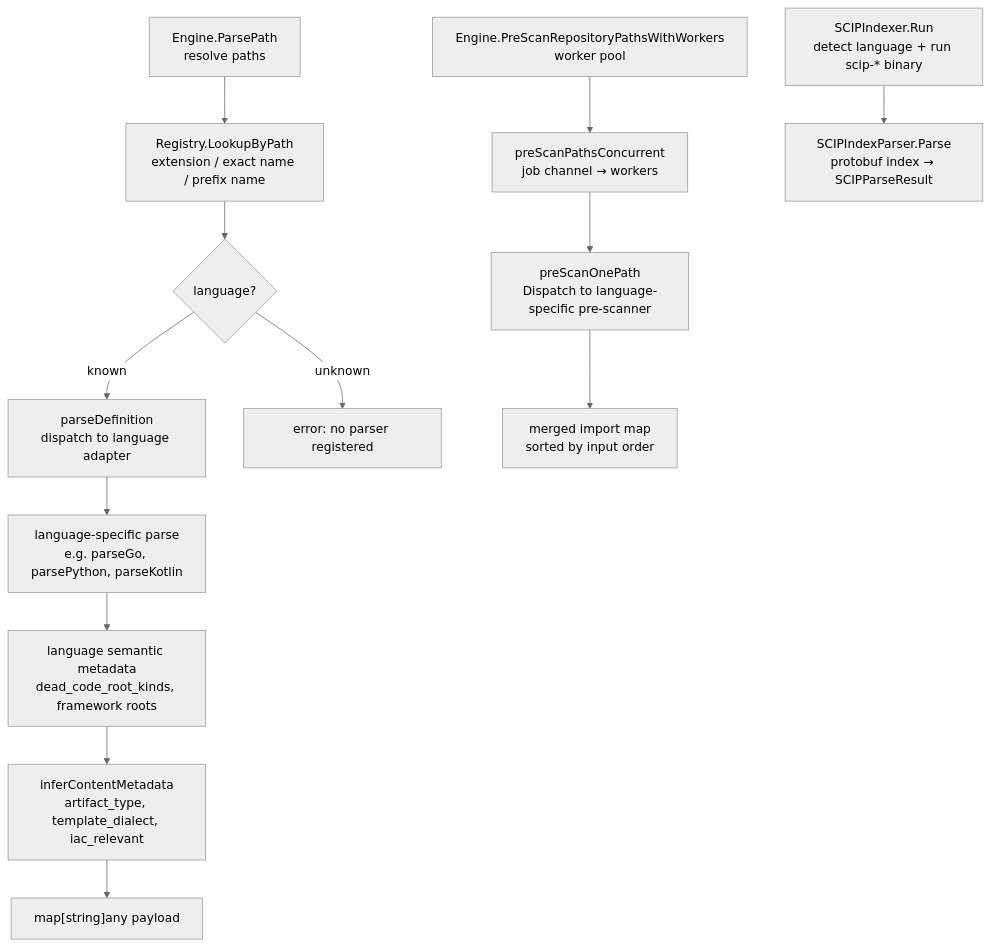
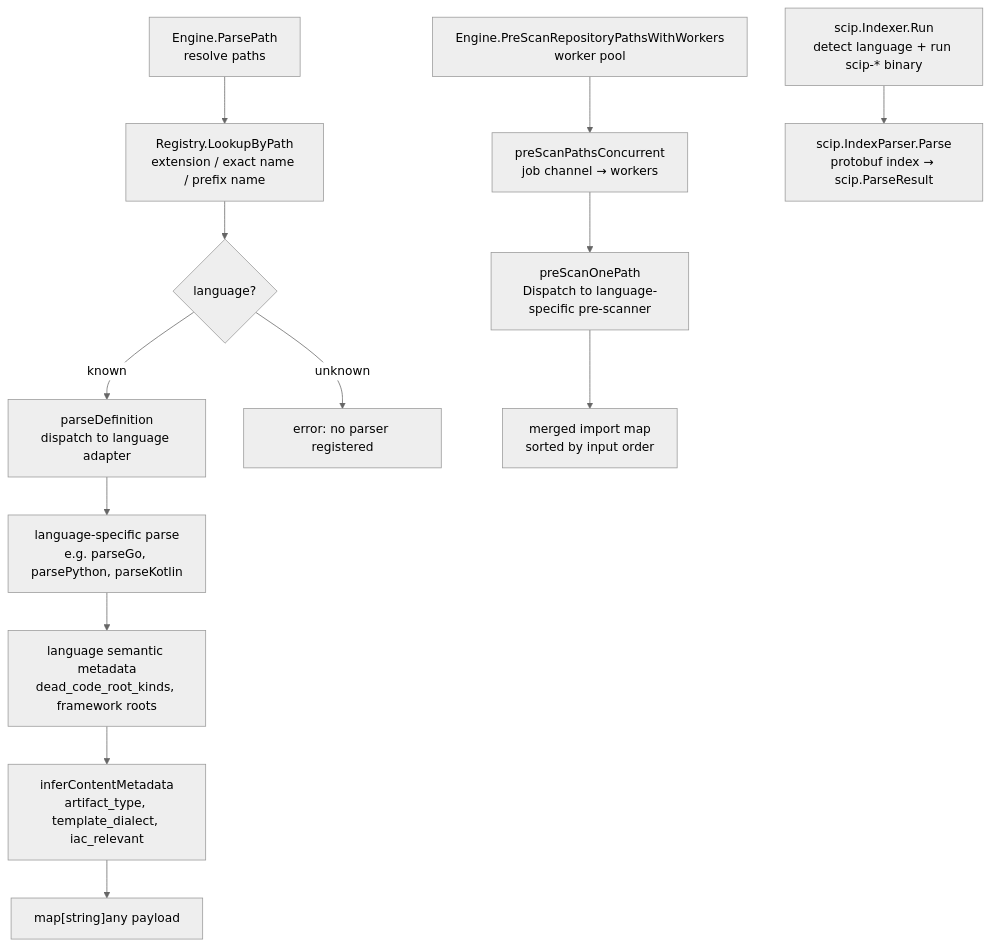
One commit to eshu-hq/eshu changed the second of 2 diagrams in go/internal/parser/README.md. Above: the diagram before and after it, drawn with Mermaid (neutral theme). The commit also changed other lines of this file and 27 other files, not shown here.

````diff
--- a/go/internal/parser/README.md
+++ b/go/internal/parser/README.md
@@ -34,17 +34,17 @@
 ```mermaid
 flowchart TB
   A["Engine.ParsePath\nresolve paths"] --> B["Registry.LookupByPath\nextension / exact name / prefix name"]
   B --> C{"language?"}
   C -- known --> D["parseDefinition\ndispatch to language adapter"]
   C -- unknown --> E["error: no parser registered"]
   D --> F["language-specific parse\ne.g. parseGo, parsePython, parseKotlin"]
   F --> F2["language semantic metadata\ndead_code_root_kinds, framework roots"]
   F2 --> G["inferContentMetadata\nartifact_type, template_dialect, iac_relevant"]
   G --> H["map[string]any payload"]
 
   A2["Engine.PreScanRepositoryPathsWithWorkers\nworker pool"] --> I["preScanPathsConcurrent\njob channel → workers"]
   I --> J["preScanOnePath\nDispatch to language-specific pre-scanner"]
   J --> K["merged import map\nsorted by input order"]
 
-  L["SCIPIndexer.Run\ndetect language + run scip-* binary"] --> M["SCIPIndexParser.Parse\nprotobuf index → SCIPParseResult"]
+  L["scip.Indexer.Run\ndetect language + run scip-* binary"] --> M["scip.IndexParser.Parse\nprotobuf index → scip.ParseResult"]
 ```
````
